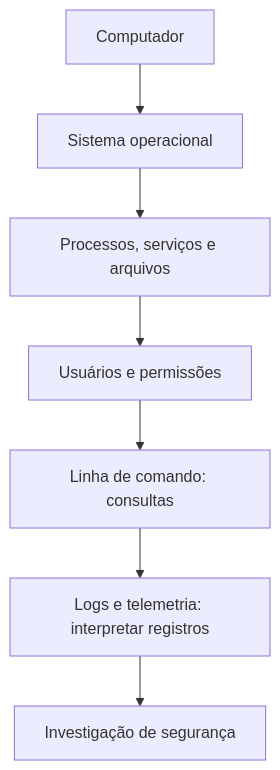
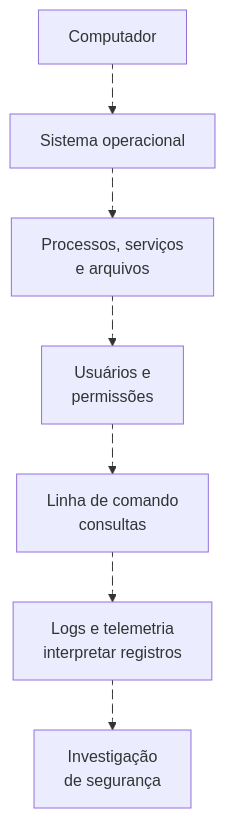
Before and after one commit to meloalan/Caminho-das-Pedras-CyberSecurity: the second of 3 diagrams in 01-Fundamentos/README.md, drawn with Mermaid. The commit also changed other lines of this file, not shown here.

````diff
--- a/01-Fundamentos/README.md
+++ b/01-Fundamentos/README.md
@@ -40,9 +46,16 @@
 ```mermaid
 flowchart TD
-    C[Computador] --> S[Sistema operacional]
-    S --> P[Processos, serviços e arquivos]
-    P --> U[Usuários e permissões]
-    U --> T[Linha de comando: consultas]
-    T --> L[Logs e telemetria: interpretar registros]
-    L --> I[Investigação de segurança]
+    C["Computador"] e1@--> S["Sistema operacional"]
+    S e2@--> P["Processos, serviços<br/>e arquivos"]
+    P e3@--> U["Usuários e<br/>permissões"]
+    U e4@--> T["Linha de comando<br/>consultas"]
+    T e5@--> L["Logs e telemetria<br/>interpretar registros"]
+    L e6@--> I["Investigação<br/>de segurança"]
+
+    e1@{ animation: fast }
+    e2@{ animation: fast }
+    e3@{ animation: fast }
+    e4@{ animation: fast }
+    e5@{ animation: fast }
+    e6@{ animation: fast }
 ```
````
